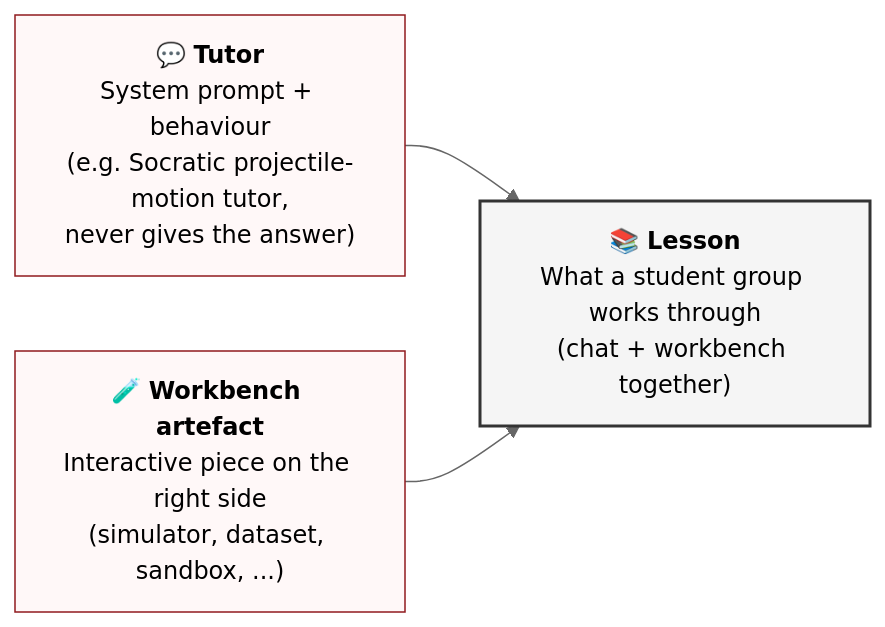
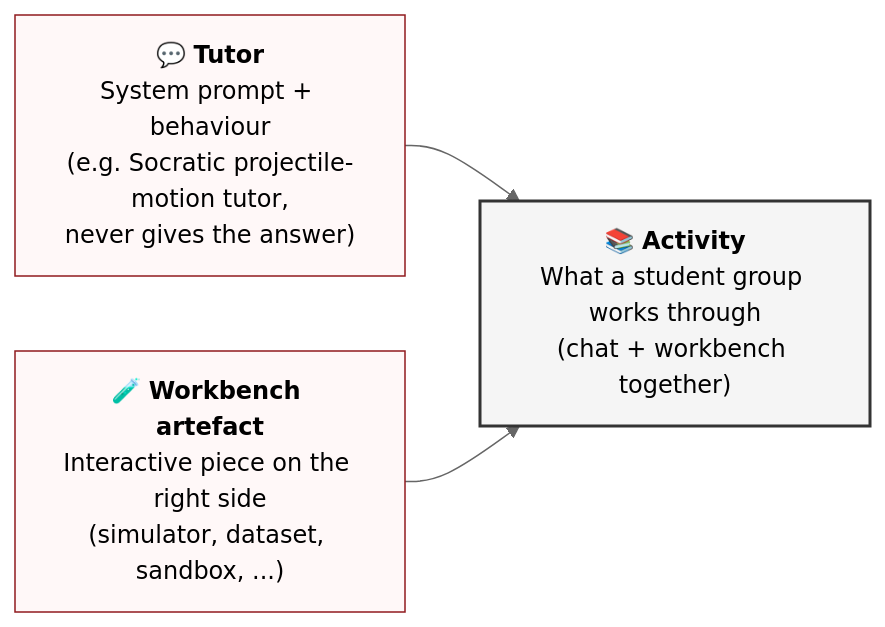
Before and after one commit to sunholo-data/aipla: the first of 5 diagrams in architecture.qmd, drawn with Mermaid (neutral theme). The commit also changed other lines of this file and 7 other files, not shown here.

First line of the commit message:
Terminology sweep (lesson→activity) + four design docs from 2026-05-25 meeting

````diff
--- a/architecture.qmd
+++ b/architecture.qmd
@@ -18,13 +18,13 @@
 ```{mermaid}
 flowchart LR
     Tutor["💬 <b>Tutor</b><br/>System prompt + behaviour<br/>(e.g. Socratic projectile-motion tutor,<br/>never gives the answer)"]
     Artefact["🧪 <b>Workbench artefact</b><br/>Interactive piece on the right side<br/>(simulator, dataset, sandbox, ...)"]
-    Lesson["📚 <b>Lesson</b><br/>What a student group works through<br/>(chat + workbench together)"]
+    Activity["📚 <b>Activity</b><br/>What a student group works through<br/>(chat + workbench together)"]
 
-    Tutor --> Lesson
-    Artefact --> Lesson
+    Tutor --> Activity
+    Artefact --> Activity
 
     style Tutor fill:#fff8f8,stroke:#901a1e
     style Artefact fill:#fff8f8,stroke:#901a1e
-    style Lesson fill:#f5f5f5,stroke:#333,stroke-width:2px
+    style Activity fill:#f5f5f5,stroke:#333,stroke-width:2px
 ```
````
